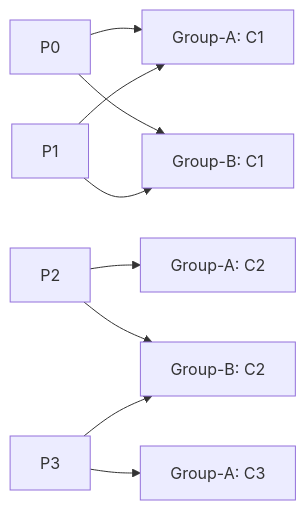
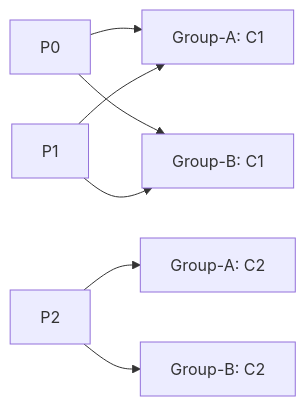
The fifth of 17 diagrams in _posts/kafka/2026-05-01-kafka-fundamentals.md (yjkim2015/yjkim2015.github.io), drawn with Mermaid before and after one commit. The commit also changed other lines of this file and 149 other files, not shown here.

First line of the commit message:
Mermaid 가독성 개선: 라벨 축약, 노드 축소, TD→LR 변환

````diff
--- a/_posts/kafka/2026-05-01-kafka-fundamentals.md
+++ b/_posts/kafka/2026-05-01-kafka-fundamentals.md
@@ -161,6 +161,5 @@
 ```mermaid
 graph LR
     P0 & P1 --> A1[Group-A: C1] & B1[Group-B: C1]
     P2 --> A2[Group-A: C2] & B2[Group-B: C2]
-    P3 --> A3[Group-A: C3] & B2
 ```
````
